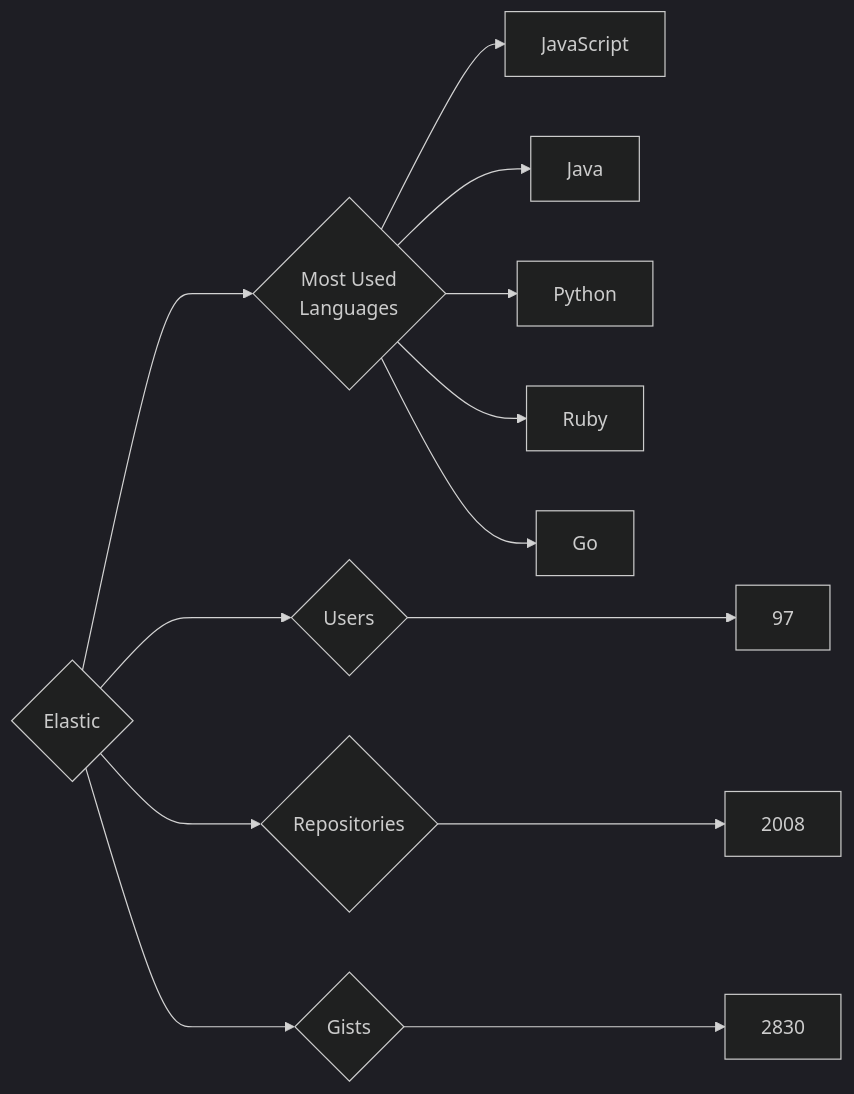
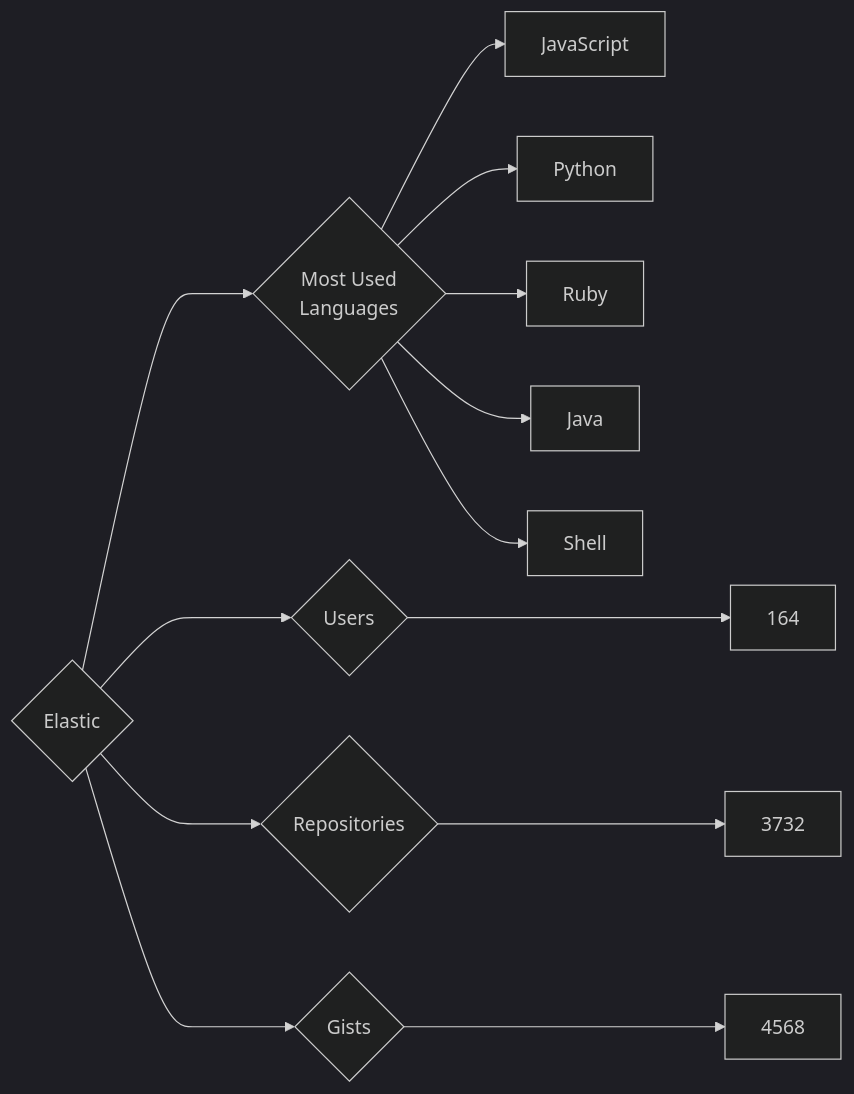
One commit to trickest/insiders changed the diagram in targets/Elastic/README.md. Above: the diagram before and after it, drawn with Mermaid (dark theme). The commit also changed 888 other files, not shown here.

````diff
--- a/targets/Elastic/README.md
+++ b/targets/Elastic/README.md
@@ -3,13 +3,13 @@
 ```mermaid
 graph LR
 COMPANY_NAME{Elastic}
-COMPANY_NAME ---> U{Users} ---> UN[97]
-COMPANY_NAME ---> R{Repositories} ---> RN[2008]
-COMPANY_NAME ---> G{Gists} ---> GN[2830]
+COMPANY_NAME ---> U{Users} ---> UN[164]
+COMPANY_NAME ---> R{Repositories} ---> RN[3732]
+COMPANY_NAME ---> G{Gists} ---> GN[4568]
 COMPANY_NAME ---> ML{Most Used<br>Languages}
 ML --> JavaScript[JavaScript]
-ML --> Java[Java]
 ML --> Python[Python]
 ML --> Ruby[Ruby]
-ML --> Go[Go]
+ML --> Java[Java]
+ML --> Shell[Shell]
 ```
````
